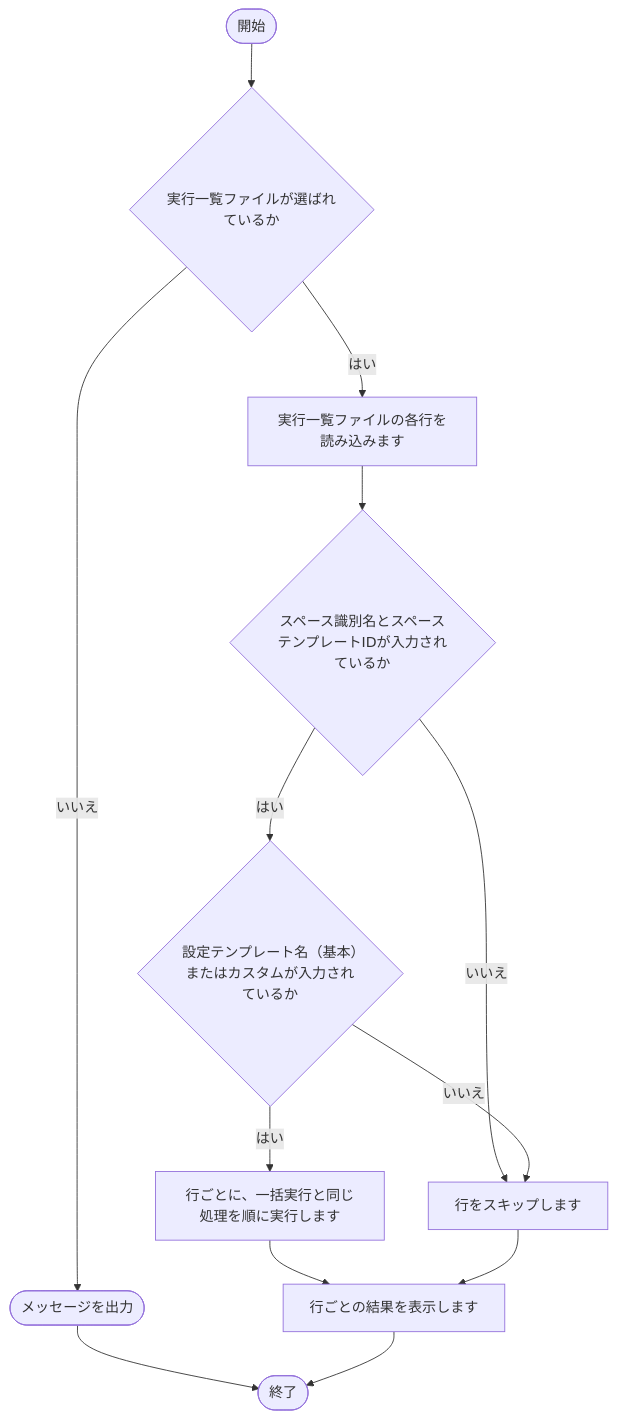
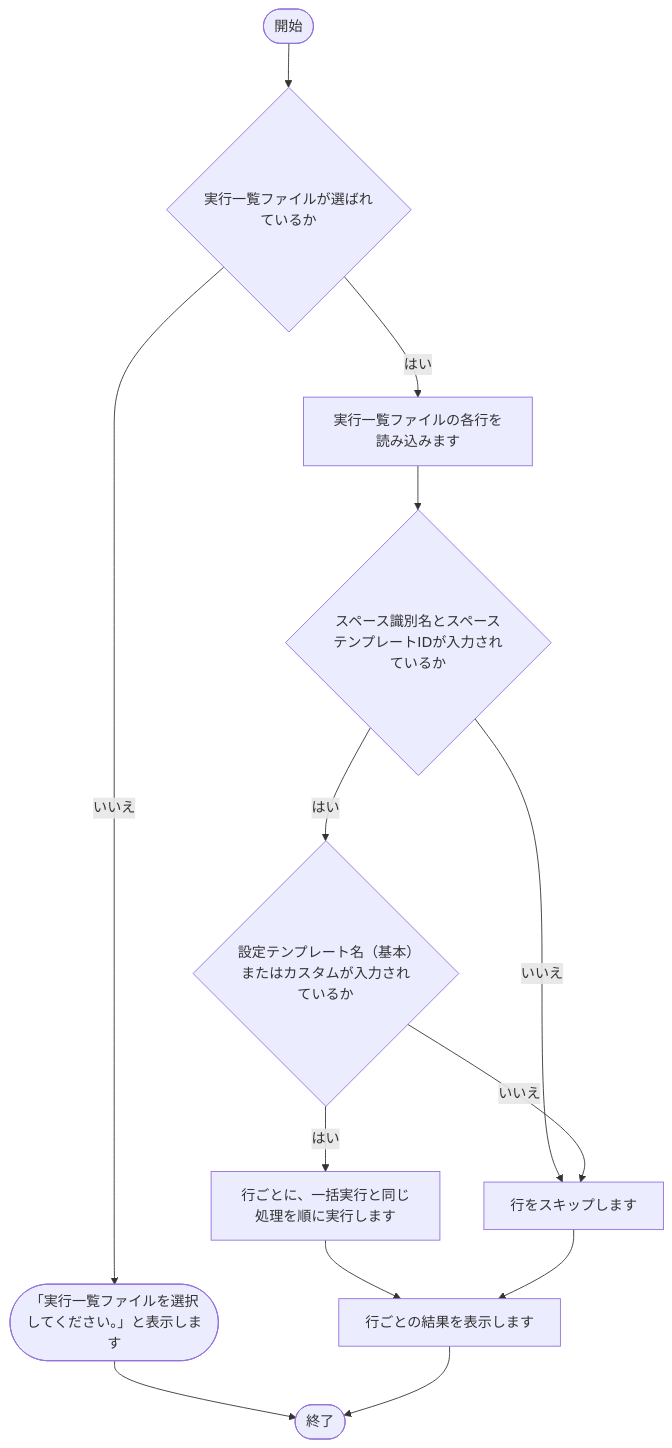
One commit to nishida2073/project_management changed the first of 16 diagrams in tool/kintone-resourse-generator/doc/02_設計/処理フロー.md. Above: the diagram before and after it, drawn with Mermaid. The commit also changed other lines of this file and 81 other files, not shown here.

````diff
--- a/tool/kintone-resourse-generator/doc/02_設計/処理フロー.md
+++ b/tool/kintone-resourse-generator/doc/02_設計/処理フロー.md
@@ -39,25 +40,25 @@
 ```mermaid
 flowchart TD
     S(["開始"])
     E(["終了"])
     N1{"実行一覧ファイルが選ばれているか"}
-    X1(["メッセージを出力"])
+    X1(["「実行一覧ファイルを選択してください。」と表示します"])
     X1 --> E
     N1 -- いいえ --> X1
     S --> N1
     N2["実行一覧ファイルの各行を読み込みます"]
     N1 -- はい --> N2
     N3{"スペース識別名とスペーステンプレートIDが入力されているか"}
     N2 --> N3
     N4{"設定テンプレート名（基本）またはカスタムが入力されているか"}
     N3 -- はい --> N4
     X3["行をスキップします"]
     N3 -- いいえ --> X3
     N4 -- いいえ --> X3
     N5["行ごとに、一括実行と同じ処理を順に実行します"]
     N4 -- はい --> N5
     N6["行ごとの結果を表示します"]
     N5 --> N6
     X3 --> N6
     N6 --> E
 ```
````
